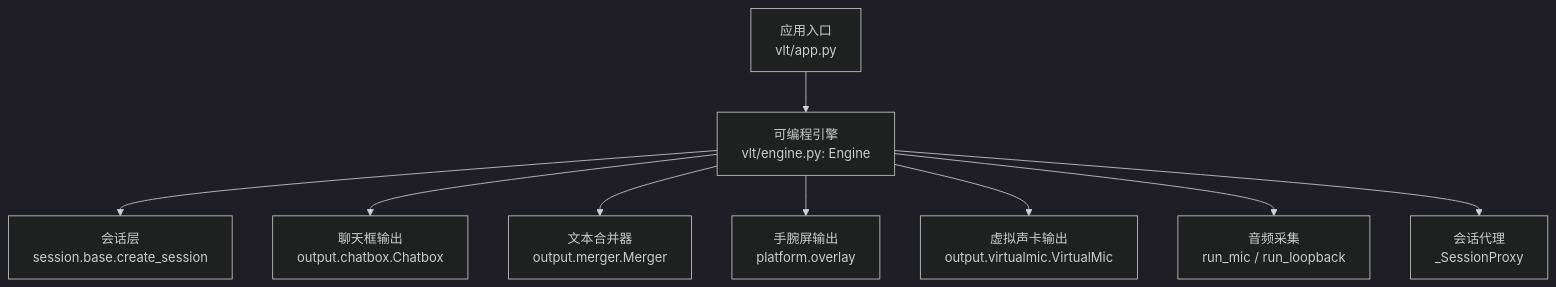
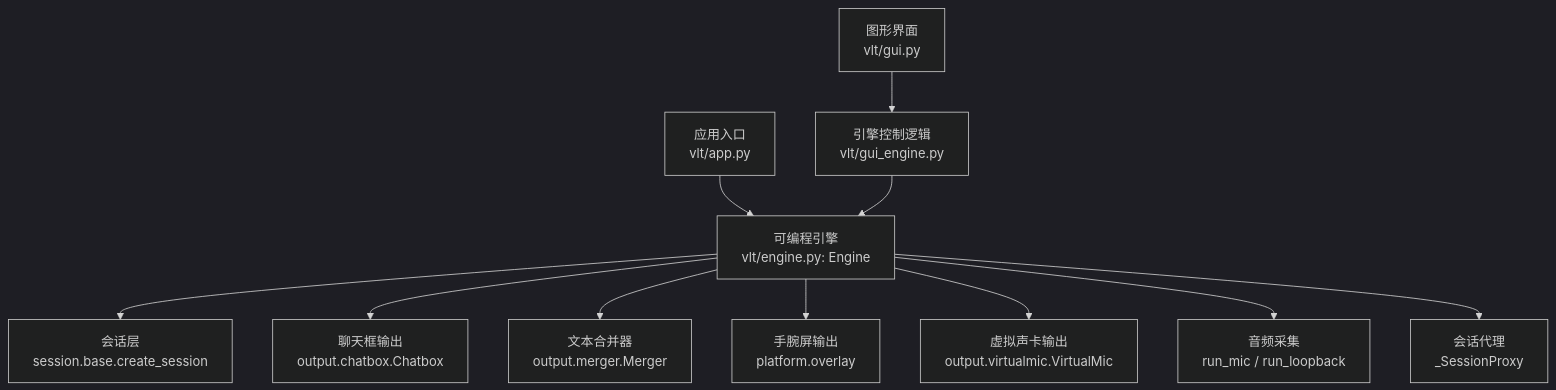
One commit to EMeowAGENT/vrchat-livetranslate changed the first of 9 diagrams in .qoder/repowiki/zh/content/核心引擎架构/引擎生命周期管理.md. Above: the diagram before and after it, drawn with Mermaid (dark theme). The commit also changed other lines of this file and 75 other files, not shown here.

````diff
--- a/.qoder/repowiki/zh/content/核心引擎架构/引擎生命周期管理.md
+++ b/.qoder/repowiki/zh/content/核心引擎架构/引擎生命周期管理.md
@@ -33,11 +46,13 @@
 ```mermaid
 graph TB
 App["应用入口<br/>vlt/app.py"] --> Engine["可编程引擎<br/>vlt/engine.py: Engine"]
+GUI["图形界面<br/>vlt/gui.py"] --> GUIEngine["引擎控制逻辑<br/>vlt/gui_engine.py"]
+GUIEngine --> Engine
 Engine --> Session["会话层<br/>session.base.create_session"]
 Engine --> Chatbox["聊天框输出<br/>output.chatbox.Chatbox"]
 Engine --> Merger["文本合并器<br/>output.merger.Merger"]
 Engine --> Overlay["手腕屏输出<br/>platform.overlay"]
 Engine --> VirtualMic["虚拟声卡输出<br/>output.virtualmic.VirtualMic"]
 Engine --> Capture["音频采集<br/>run_mic / run_loopback"]
 Engine --> Proxy["会话代理<br/>_SessionProxy"]
 ```
````
